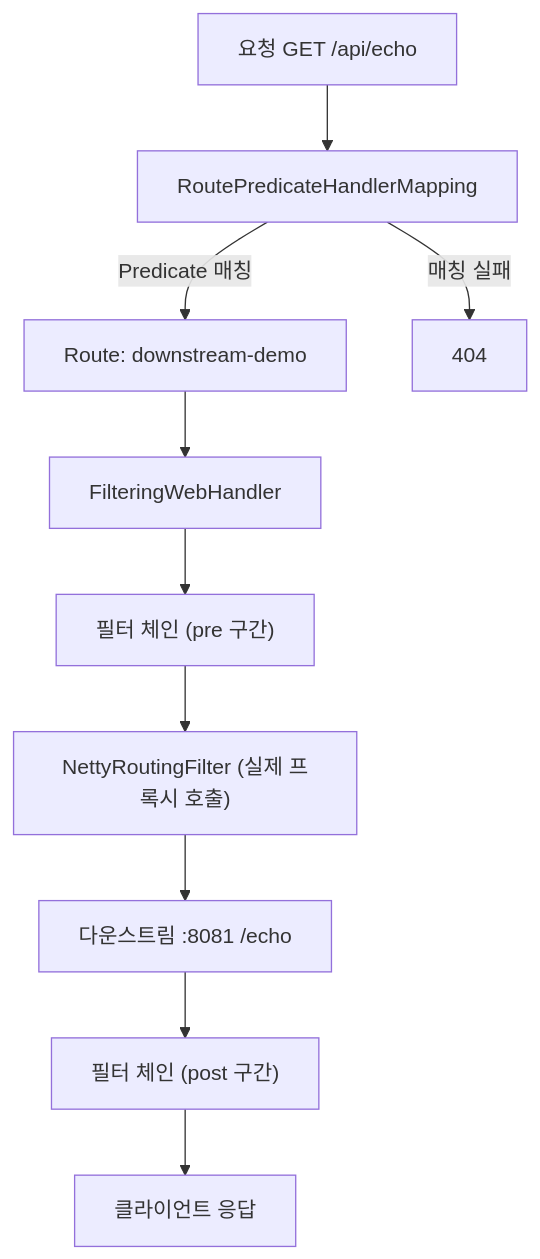
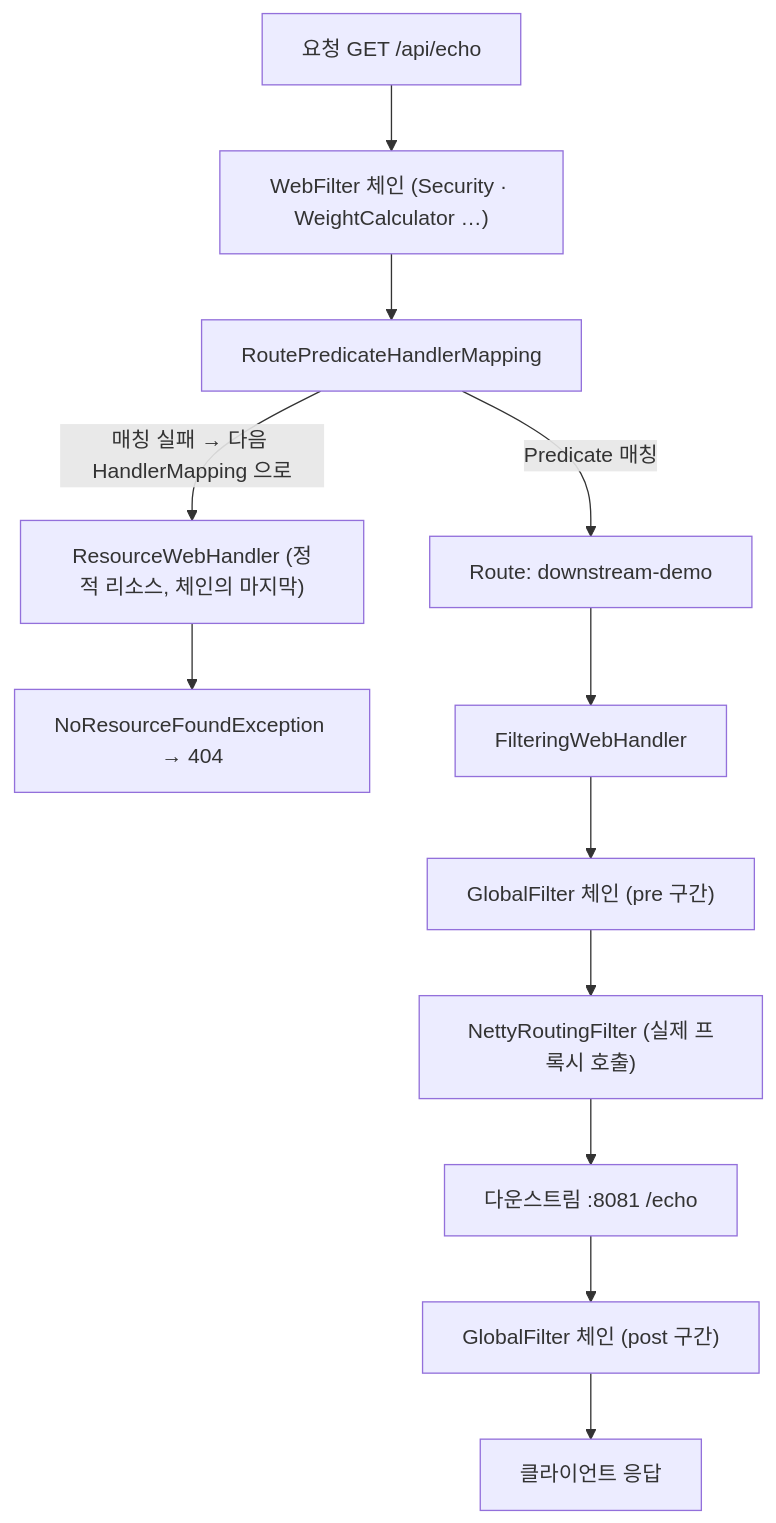
Before and after one commit to alanhakhyeonsong/unigate: the diagram in docs/learning/01-scg-route-and-filter-chain.md, drawn with Mermaid. The commit also changed other lines of this file and 10 other files, not shown here.

````diff
--- a/docs/learning/01-scg-route-and-filter-chain.md
+++ b/docs/learning/01-scg-route-and-filter-chain.md
@@ -38,12 +38,14 @@
 ```mermaid
 flowchart TD
-    REQ["요청 GET /api/echo"] --> HM["RoutePredicateHandlerMapping"]
+    REQ["요청 GET /api/echo"] --> WF["WebFilter 체인 (Security · WeightCalculator …)"]
+    WF --> HM["RoutePredicateHandlerMapping"]
+    HM -->|"매칭 실패 → 다음 HandlerMapping 으로"| FALL["ResourceWebHandler (정적 리소스, 체인의 마지막)"]
+    FALL --> NF["NoResourceFoundException → 404"]
     HM -->|"Predicate 매칭"| ROUTE["Route: downstream-demo"]
-    HM -->|"매칭 실패"| NF["404"]
     ROUTE --> FWH["FilteringWebHandler"]
-    FWH --> PRE["필터 체인 (pre 구간)"]
+    FWH --> PRE["GlobalFilter 체인 (pre 구간)"]
     PRE --> ROUTING["NettyRoutingFilter (실제 프록시 호출)"]
     ROUTING --> DS["다운스트림 :8081 /echo"]
-    DS --> POST["필터 체인 (post 구간)"]
+    DS --> POST["GlobalFilter 체인 (post 구간)"]
     POST --> RES["클라이언트 응답"]
 ```
````
